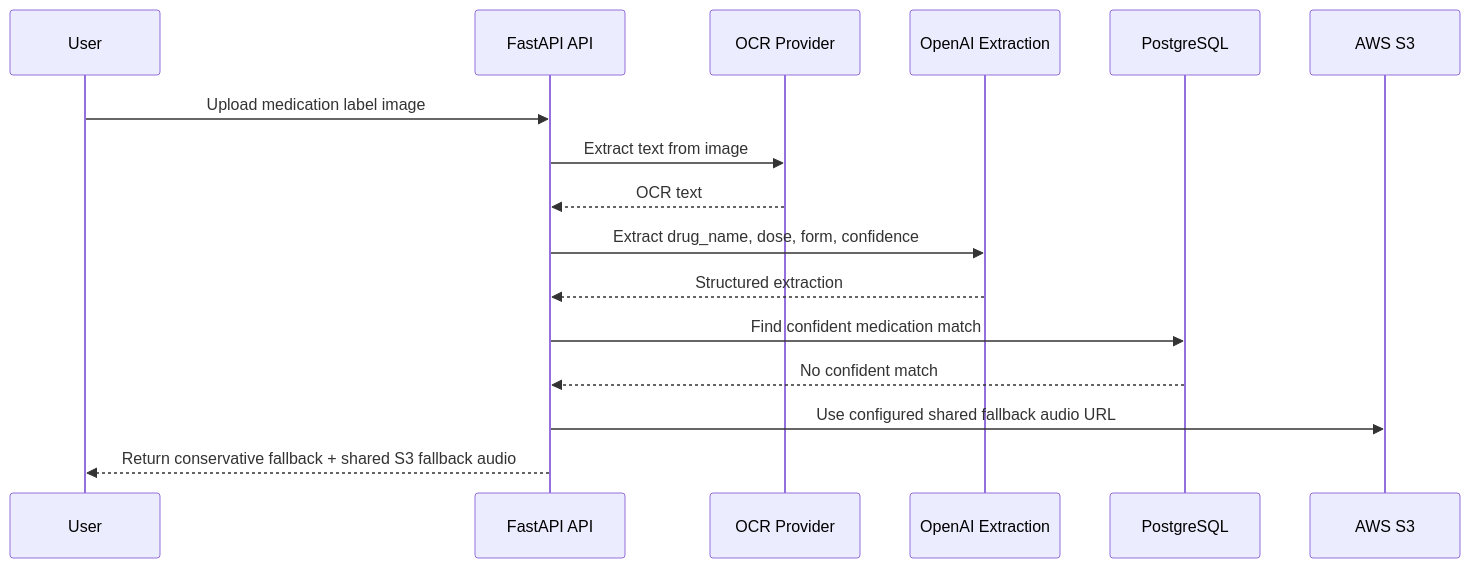
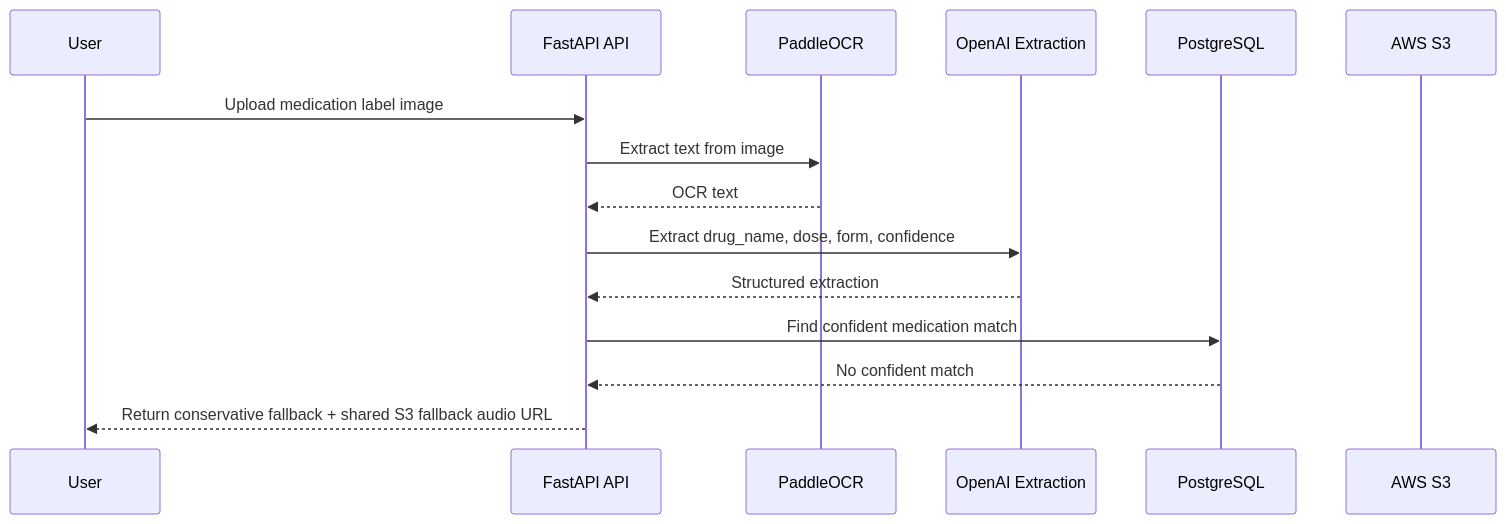
One commit to fzfzlfz/EchoAid-backend changed the second of 3 diagrams in README.md. Above: the diagram before and after it, drawn with Mermaid. The commit also changed other lines of this file and 19 other files, not shown here.

````diff
--- a/README.md
+++ b/README.md
@@ -91,19 +83,18 @@
 ```mermaid
 sequenceDiagram
     participant User
     participant API as FastAPI API
-    participant OCR as OCR Provider
+    participant OCR as PaddleOCR
     participant LLM as OpenAI Extraction
     participant DB as PostgreSQL
     participant S3 as AWS S3
 
     User->>API: Upload medication label image
     API->>OCR: Extract text from image
     OCR-->>API: OCR text
     API->>LLM: Extract drug_name, dose, form, confidence
     LLM-->>API: Structured extraction
     API->>DB: Find confident medication match
     DB-->>API: No confident match
-    API->>S3: Use configured shared fallback audio URL
-    API-->>User: Return conservative fallback + shared S3 fallback audio
+    API-->>User: Return conservative fallback + shared S3 fallback audio URL
 ```
````
